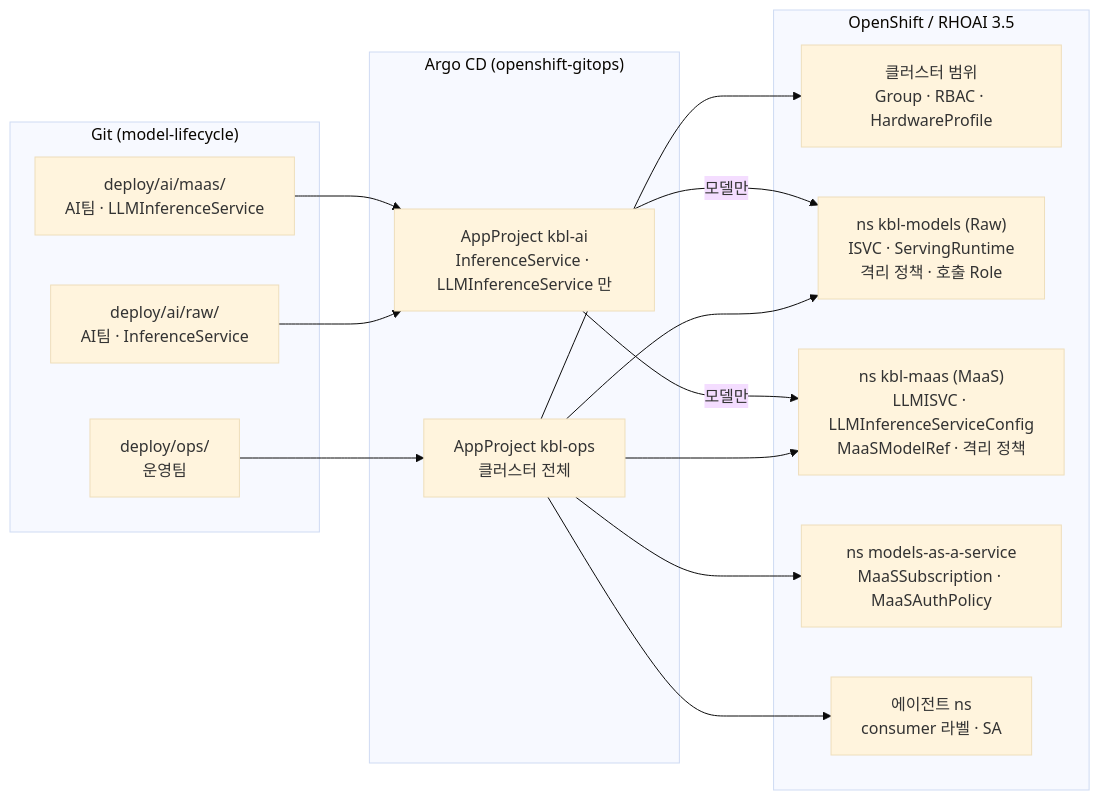
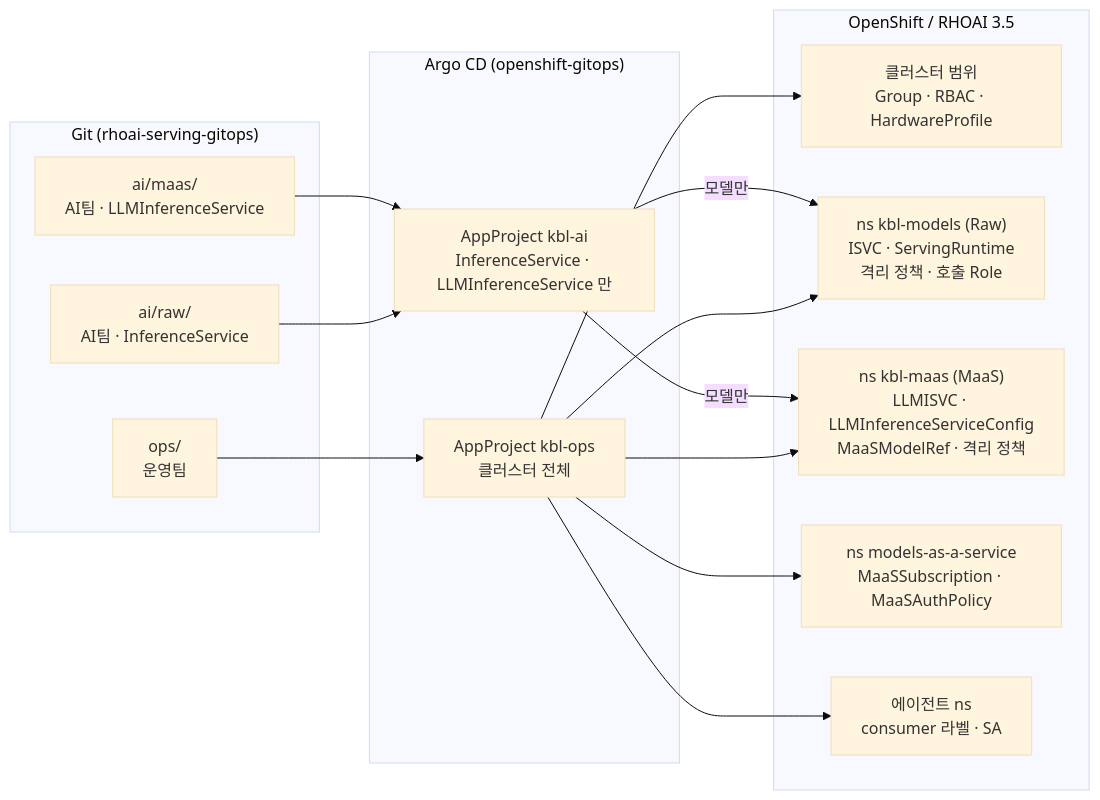
One commit to edwin-noh/rhoai-serving-gitops changed the first of 5 diagrams in kbl-ai-gitops-kbl버전.md. Above: the diagram before and after it, drawn with Mermaid (base theme). The commit also changed other lines of this file and 33 other files, not shown here.

First line of the commit message:
Split from model-lifecycle deploy/ into rhoai-serving-gitops

````diff
--- a/kbl-ai-gitops-kbl버전.md
+++ b/kbl-ai-gitops-kbl버전.md
@@ -23,25 +23,25 @@
 ```mermaid
 flowchart LR
-  subgraph GIT["Git (model-lifecycle)"]
-    OPS["deploy/ops/<br/>운영팀"]
-    AIR["deploy/ai/raw/<br/>AI팀 · InferenceService"]
-    AIM["deploy/ai/maas/<br/>AI팀 · LLMInferenceService"]
+  subgraph GIT["Git (rhoai-serving-gitops)"]
+    OPS["ops/<br/>운영팀"]
+    AIR["ai/raw/<br/>AI팀 · InferenceService"]
+    AIM["ai/maas/<br/>AI팀 · LLMInferenceService"]
   end
   subgraph ARGO["Argo CD (openshift-gitops)"]
     POPS["AppProject kbl-ops<br/>클러스터 전체"]
     PAI["AppProject kbl-ai<br/>InferenceService · LLMInferenceService 만"]
   end
   subgraph OCP["OpenShift / RHOAI 3.5"]
     PLAT["클러스터 범위<br/>Group · RBAC · HardwareProfile"]
     MOD["ns kbl-models (Raw)<br/>ISVC · ServingRuntime<br/>격리 정책 · 호출 Role"]
     MAAS["ns kbl-maas (MaaS)<br/>LLMISVC · LLMInferenceServiceConfig<br/>MaaSModelRef · 격리 정책"]
     POL["ns models-as-a-service<br/>MaaSSubscription · MaaSAuthPolicy"]
     CON["에이전트 ns<br/>consumer 라벨 · SA"]
   end
   OPS --> POPS
   AIR --> PAI
   AIM --> PAI
   POPS --> PLAT & MOD & MAAS & POL & CON
   PAI -->|모델만| MOD
   PAI -->|모델만| MAAS
 ```
````
